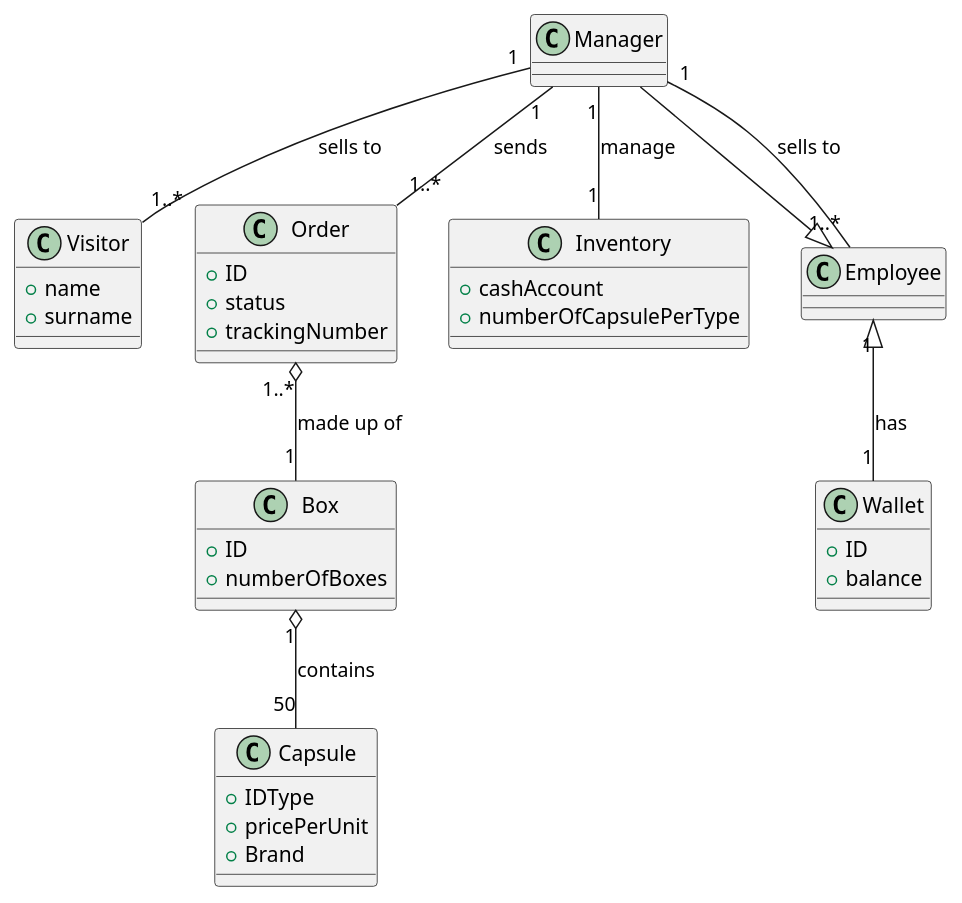
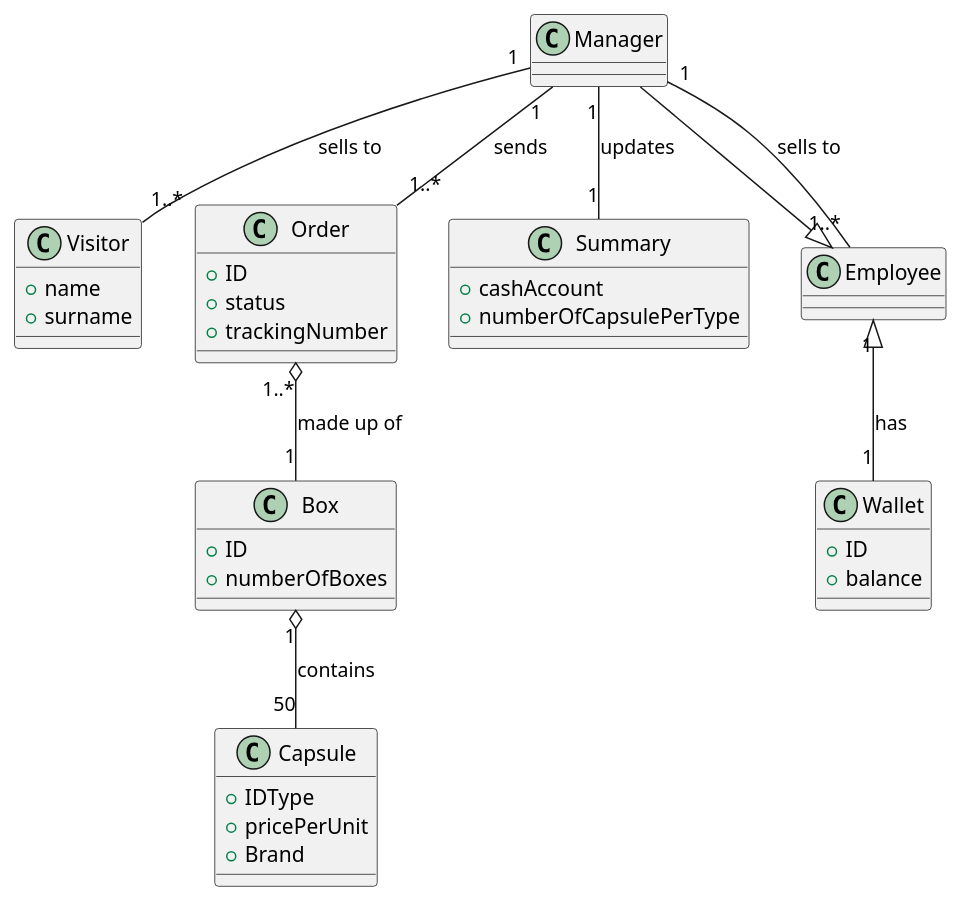
The third of 3 diagrams in templates/RequirementsTemplate.md (DarkSee/LaTazza), drawn with PlantUML before and after one commit. The commit also changed other lines of this file, not shown here.

Commit message:
1st version of UC Diagram, updated "Inventory" in "Summary"

````diff
--- a/templates/RequirementsTemplate.md
+++ b/templates/RequirementsTemplate.md
@@ -159,45 +179,45 @@
 ```plantuml
 class Manager {
 }
 
 class Visitor {
   +name
   +surname
 }
 
 class Capsule {
   +IDType
   +pricePerUnit
   +Brand
 }
 
 class Box {
   +ID
   +numberOfBoxes
 }
 
 class Order{
   +ID
   +status
   +trackingNumber
 }
 
 class Wallet {
   +ID
   +balance
 }
 
-class Inventory {
+class Summary {
    +cashAccount
    +numberOfCapsulePerType
 }
 
 Manager --|> Employee
 Box "1" o-- "50" Capsule : contains
 Order "1..*" o-- "1" Box : made up of
 Manager "1" -- "1..*" Order : sends
 Employee "1" <|-- "1" Wallet : has
 Manager "1" -- "1..*" Visitor : sells to
 Manager "1" -- "1..*" Employee : sells to
-Manager "1" -- "1" Inventory : manage
+Manager "1" -- "1" Summary : updates
 ```
````
